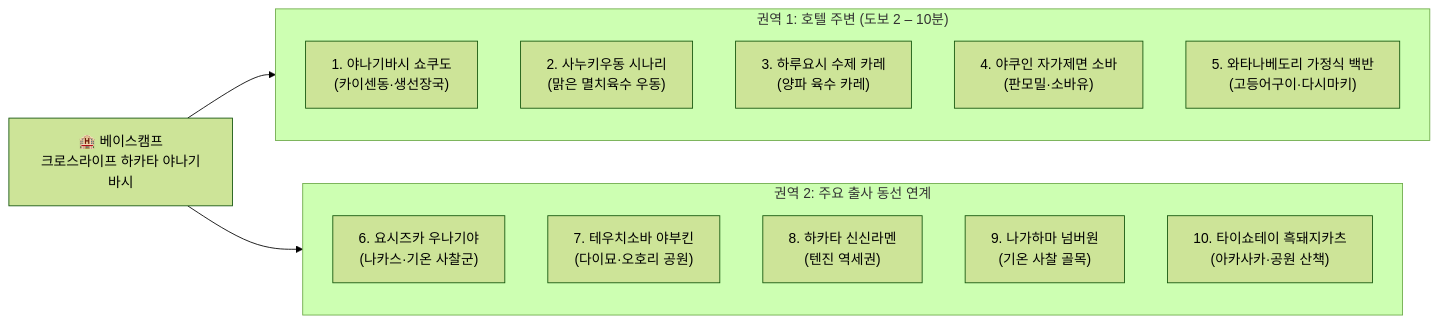
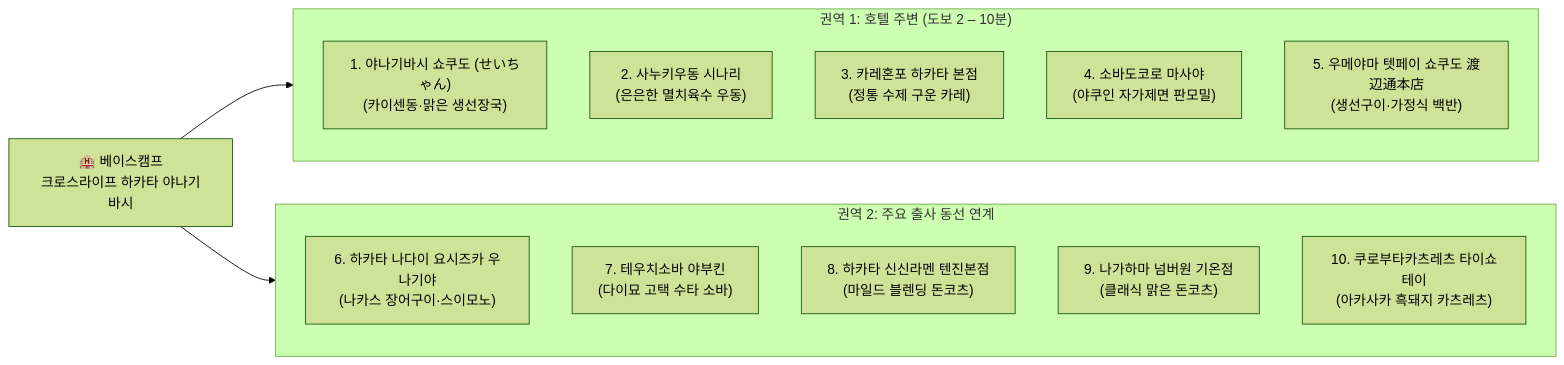
One commit to swordKein/SHARE_DOCS changed the diagram in docs/03-travel/2026-10-13-후쿠오카-출사-여행-속-편한-점심-맛집-10선.md. Above: the diagram before and after it, drawn with Mermaid (forest theme). The commit also changed other lines of this file and 6 other files, not shown here.

````diff
--- a/docs/03-travel/2026-10-13-후쿠오카-출사-여행-속-편한-점심-맛집-10선.md
+++ b/docs/03-travel/2026-10-13-후쿠오카-출사-여행-속-편한-점심-맛집-10선.md
@@ -32,23 +35,23 @@
 ```mermaid
 flowchart LR
     Hotel["🏨 베이스캠프\n크로스라이프 하카타 야나기바시"]
 
     subgraph Zone1["권역 1: 호텔 주변 (도보 2 – 10분)"]
-        R1["1. 야나기바시 쇼쿠도\n(카이센동·생선장국)"]
-        R2["2. 사누키우동 시나리\n(맑은 멸치육수 우동)"]
-        R3["3. 하루요시 수제 카레\n(양파 육수 카레)"]
-        R4["4. 야쿠인 자가제면 소바\n(판모밀·소바유)"]
-        R5["5. 와타나베도리 가정식 백반\n(고등어구이·다시마키)"]
+        R1["1. 야나기바시 쇼쿠도 (せいちゃん)\n(카이센동·맑은 생선장국)"]
+        R2["2. 사누키우동 시나리\n(은은한 멸치육수 우동)"]
+        R3["3. 카레혼포 하카타 본점\n(정통 수제 구운 카레)"]
+        R4["4. 소바도코로 마사야\n(야쿠인 자가제면 판모밀)"]
+        R5["5. 우메야마 텟페이 쇼쿠도 渡辺通本店\n(생선구이·가정식 백반)"]
     end
 
     subgraph Zone2["권역 2: 주요 출사 동선 연계"]
-        R6["6. 요시즈카 우나기야\n(나카스·기온 사찰군)"]
-        R7["7. 테우치소바 야부킨\n(다이묘·오호리 공원)"]
-        R8["8. 하카타 신신라멘\n(텐진 역세권)"]
-        R9["9. 나가하마 넘버원\n(기온 사찰 골목)"]
-        R10["10. 타이쇼테이 흑돼지카츠\n(아카사카·공원 산책)"]
+        R6["6. 하카타 나다이 요시즈카 우나기야\n(나카스 장어구이·스이모노)"]
+        R7["7. 테우치소바 야부킨\n(다이묘 고택 수타 소바)"]
+        R8["8. 하카타 신신라멘 텐진본점\n(마일드 블렌딩 돈코츠)"]
+        R9["9. 나가하마 넘버원 기온점\n(클래식 맑은 돈코츠)"]
+        R10["10. 쿠로부타카츠레츠 타이쇼테이\n(아카사카 흑돼지 카츠레츠)"]
     end
 
     Hotel --> Zone1
     Hotel --> Zone2
 ```
````
